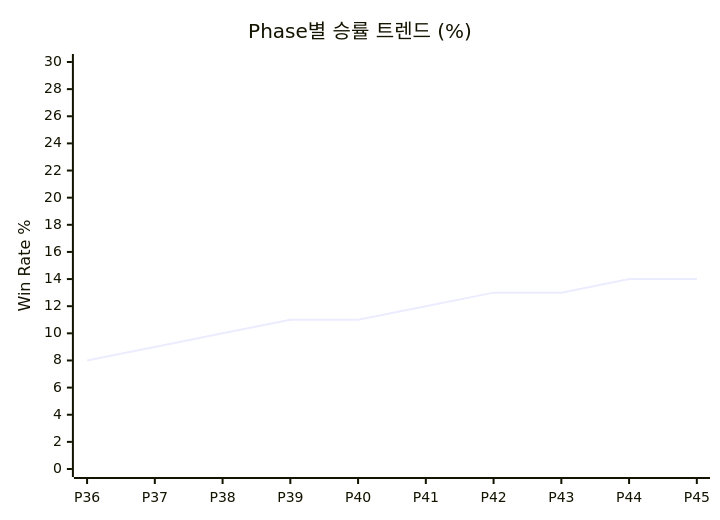
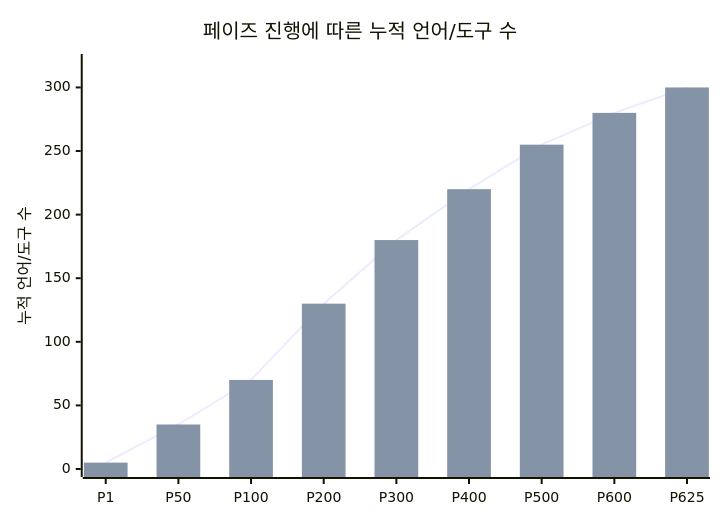
The second of 3 diagrams in README.md (sun475300-sudo/Swarm-control-in-sc2bot), drawn with Mermaid before and after one commit. The commit also changed other lines of this file, not shown here.

````diff
--- a/README.md
+++ b/README.md
@@ -639,7 +285,8 @@
 ```mermaid
 xychart-beta
-    title "Phase별 승률 트렌드 (%)"
-    x-axis [P36, P37, P38, P39, P40, P41, P42, P43, P44, P45]
-    y-axis "Win Rate %" 0 --> 30
-    line [8, 9, 10, 11, 11, 12, 13, 13, 14, 14]
+    title "페이즈 진행에 따른 누적 언어/도구 수"
+    x-axis ["P1", "P50", "P100", "P200", "P300", "P400", "P500", "P600", "P625"]
+    y-axis "누적 언어/도구 수" 0 --> 320
+    line [5, 35, 70, 130, 180, 220, 255, 280, 300]
+    bar [5, 35, 70, 130, 180, 220, 255, 280, 300]
 ```
````
